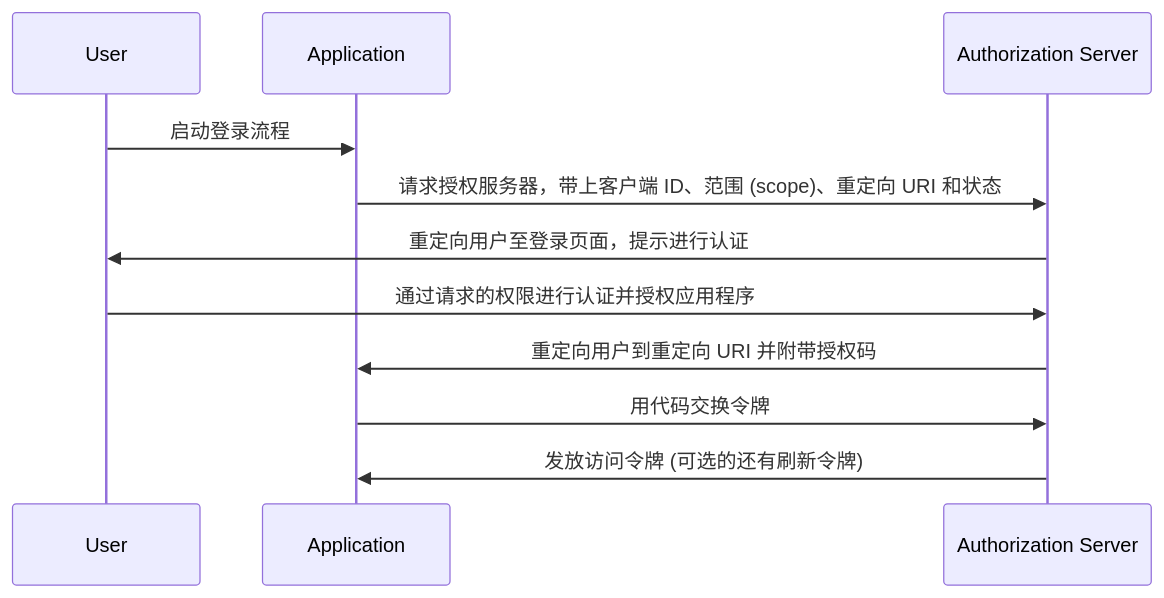
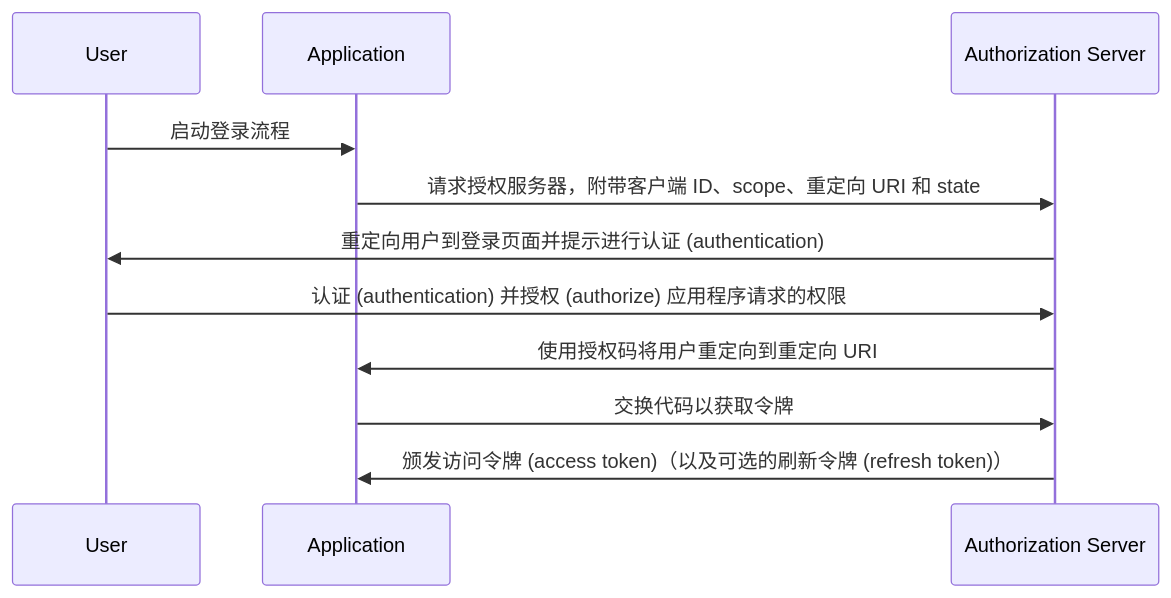
The diagram in src/content/terms/zh/authorization-code-flow.mdx (logto-io/auth-wiki), drawn with Mermaid before and after one commit. The commit also changed other lines of this file and 95 other files, not shown here.

````diff
--- a/src/content/terms/zh/authorization-code-flow.mdx
+++ b/src/content/terms/zh/authorization-code-flow.mdx
@@ -25,14 +27,14 @@
 ```mermaid
 sequenceDiagram
     participant User
     participant Application
     participant Authorization Server
 
     User->>Application: 启动登录流程
-    Application->>Authorization Server: 请求授权服务器，带上客户端 ID、范围 (scope)、重定向 URI 和状态
-    Authorization Server->>User: 重定向用户至登录页面，提示进行认证
-    User->>Authorization Server: 通过请求的权限进行认证并授权应用程序
-    Authorization Server->>Application: 重定向用户到重定向 URI 并附带授权码
-    Application->>Authorization Server: 用代码交换令牌
-    Authorization Server->>Application: 发放访问令牌 (可选的还有刷新令牌)
+    Application->>Authorization Server: 请求授权服务器，附带客户端 ID、scope、重定向 URI 和 state
+    Authorization Server->>User: 重定向用户到登录页面并提示进行认证 (authentication)
+    User->>Authorization Server: 认证 (authentication) 并授权 (authorize) 应用程序请求的权限
+    Authorization Server->>Application: 使用授权码将用户重定向到重定向 URI
+    Application->>Authorization Server: 交换代码以获取令牌
+    Authorization Server->>Application: 颁发访问令牌 (access token)（以及可选的刷新令牌 (refresh token)）
 ```
````
